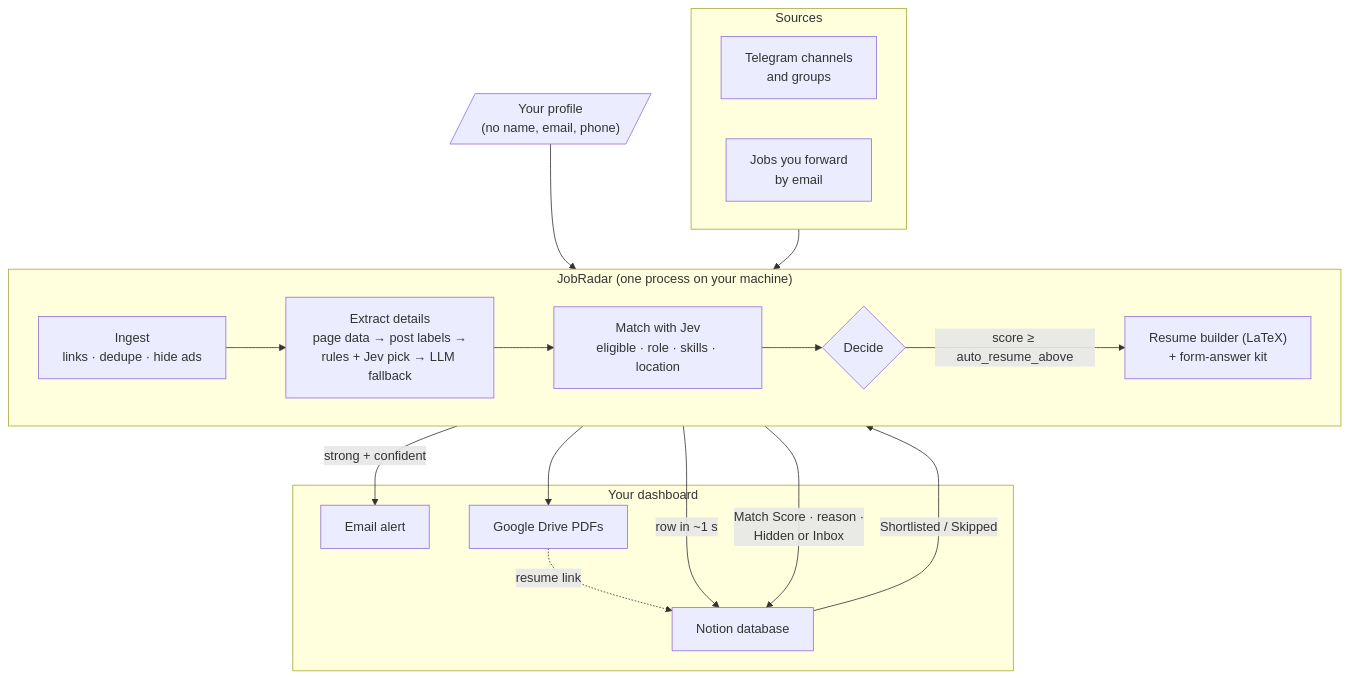
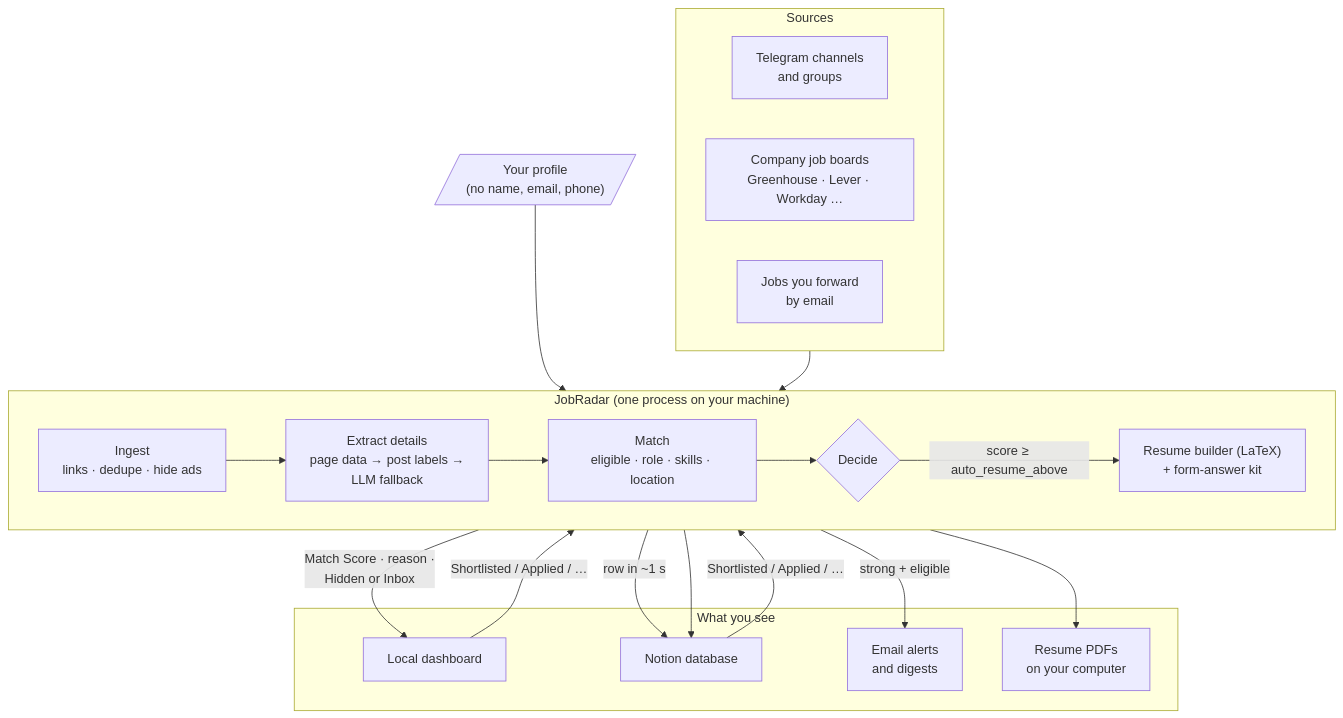
The diagram in README.md (ThePlator/JobRadar), drawn with Mermaid before and after one commit. The commit also changed other lines of this file, not shown here.

First line of the commit message:
README: match what JobRadar does today

````diff
--- a/README.md
+++ b/README.md
@@ -30,32 +30,35 @@
 ```mermaid
 flowchart TB
     subgraph Sources
         TG["Telegram channels<br/>and groups"]
-        BOT["Jobs you forward<br/>by email"]
+        BD["Company job boards<br/>Greenhouse · Lever · Workday …"]
+        FW["Jobs you forward<br/>by email"]
     end
 
     subgraph JobRadar["JobRadar (one process on your machine)"]
         direction LR
-        I["Ingest<br/>links · dedupe · hide ads"] --> X["Extract details<br/>page data → post labels →<br/>rules + Jev pick → LLM fallback"]
-        X --> M["Match with Jev<br/>eligible · role · skills · location"]
+        I["Ingest<br/>links · dedupe · hide ads"] --> X["Extract details<br/>page data → post labels →<br/>LLM fallback"]
+        X --> M["Match<br/>eligible · role · skills · location"]
         M --> D{"Decide"}
         R["Resume builder (LaTeX)<br/>+ form-answer kit"]
         D -- "score ≥ auto_resume_above" --> R
     end
 
     PR[/"Your profile<br/>(no name, email, phone)"/] --> M
 
-    subgraph You["Your dashboard"]
+    subgraph You["What you see"]
+        W["Local dashboard"]
         N["Notion database"]
-        A["Email alert"]
-        G["Google Drive PDFs"]
+        A["Email alerts<br/>and digests"]
+        P["Resume PDFs<br/>on your computer"]
     end
 
     Sources --> I
     I -- "row in ~1 s" --> N
-    D -- "Match Score · reason ·<br/>Hidden or Inbox" --> N
-    D -- "strong + confident" --> A
-    R --> G
-    G -. "resume link" .-> N
-    N -- "Shortlisted / Skipped" --> D
+    D -- "Match Score · reason ·<br/>Hidden or Inbox" --> W
+    D --> N
+    D -- "strong + eligible" --> A
+    R --> P
+    W -- "Shortlisted / Applied / …" --> D
+    N -- "Shortlisted / Applied / …" --> D
 ```
````
